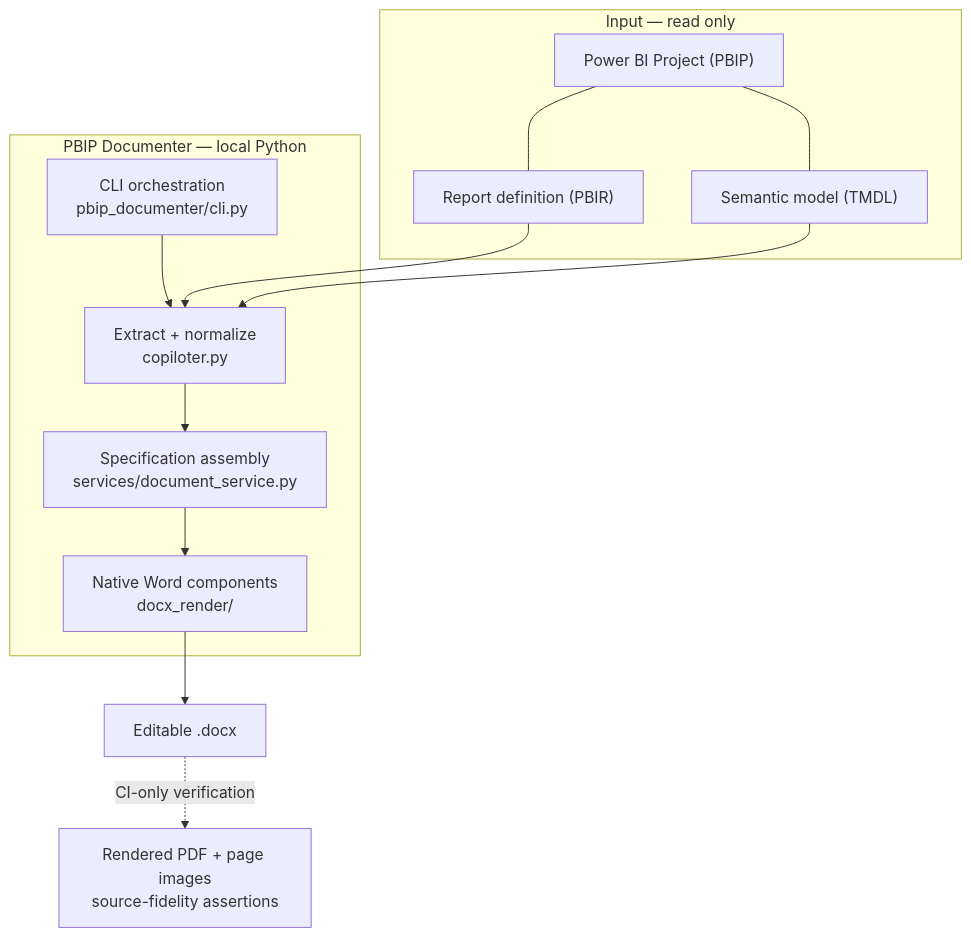
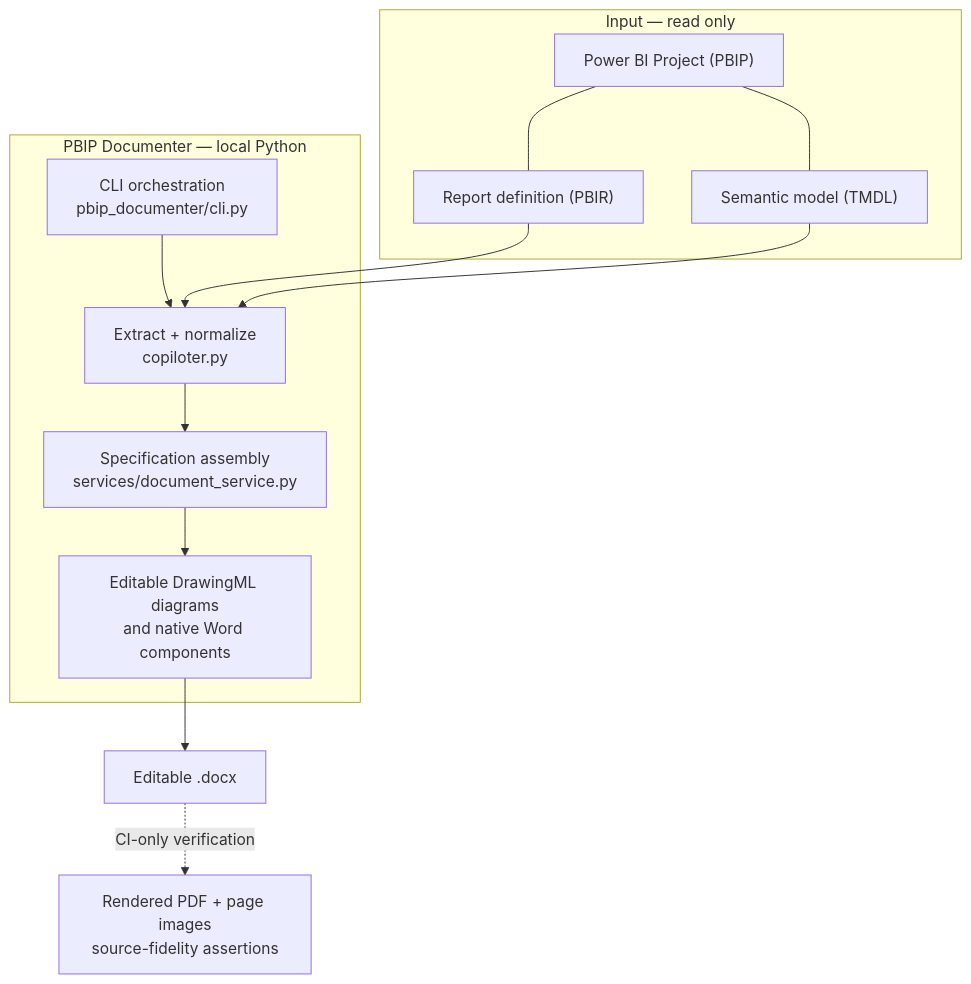
One commit to analienx/pbidocumenter changed the first of 2 diagrams in docs/ARCHITECTURE.md. Above: the diagram before and after it, drawn with Mermaid. The commit also changed other lines of this file and 11 other files, not shown here.

Commit message:
Lead with native editable Power BI diagrams and verified capabilities (#26)

````diff
--- a/docs/ARCHITECTURE.md
+++ b/docs/ARCHITECTURE.md
@@ -9,23 +9,23 @@
 ```mermaid
 flowchart TB
     subgraph Source["Input — read only"]
         A["Power BI Project (PBIP)"]
         B["Report definition (PBIR)"]
         C["Semantic model (TMDL)"]
         A --- B
         A --- C
     end
     subgraph Engine["PBIP Documenter — local Python"]
         D["Extract + normalize<br/>copiloter.py"]
         E["CLI orchestration<br/>pbip_documenter/cli.py"]
         F["Specification assembly<br/>services/document_service.py"]
-        G["Native Word components<br/>docx_render/"]
+        G["Editable DrawingML diagrams<br/>and native Word components"]
         E --> D
         D --> F
         F --> G
     end
     B --> D
     C --> D
     G --> H["Editable .docx"]
     H -. "CI-only verification" .-> I["Rendered PDF + page images<br/>source-fidelity assertions"]
 ```
````
